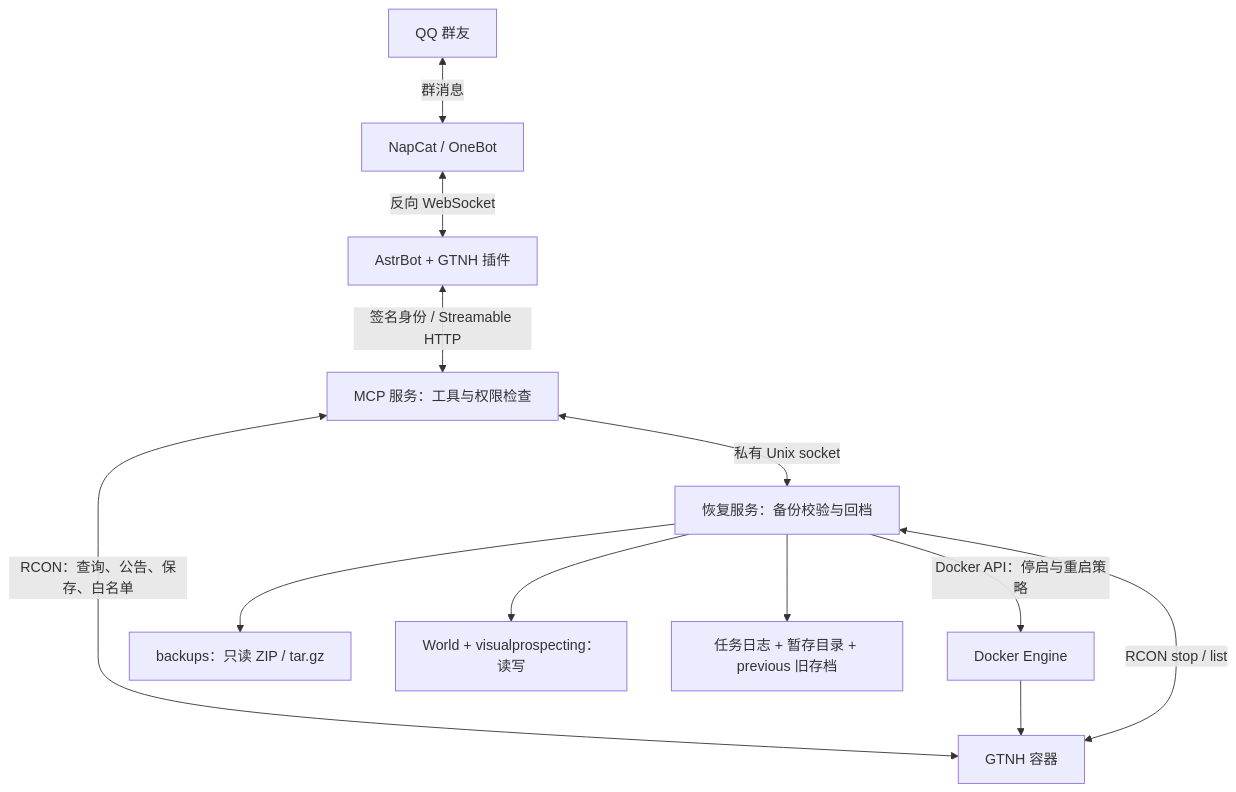
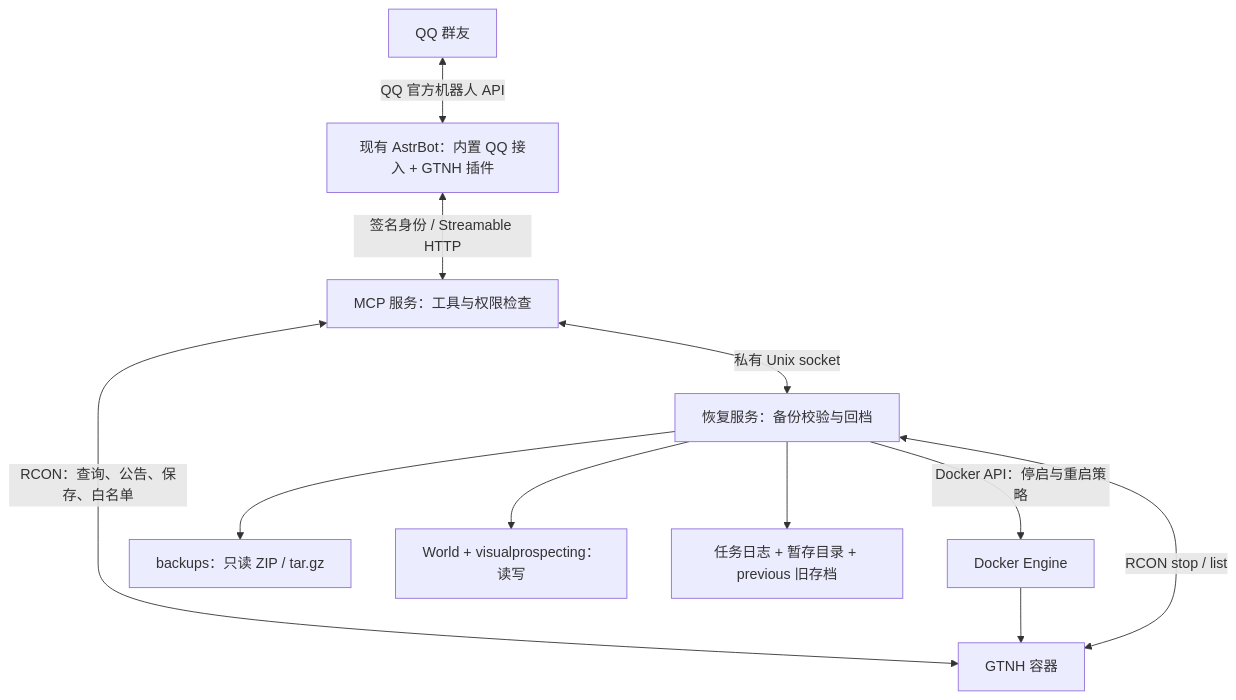
One commit to actforever/gtnh-mcp changed the diagram in README.md. Above: the diagram before and after it, drawn with Mermaid. The commit also changed other lines of this file and 9 other files, not shown here.

Commit message:
fix: reuse AstrBot official QQ integration without extra gateway

````diff
--- a/README.md
+++ b/README.md
@@ -13,14 +13,13 @@
 ```mermaid
 flowchart TD
-    QQ[QQ 群友] <-->|群消息| NapCat[NapCat / OneBot]
-    NapCat <-->|反向 WebSocket| AstrBot[AstrBot + GTNH 插件]
+    QQ[QQ 群友] <-->|QQ 官方机器人 API| AstrBot[现有 AstrBot：内置 QQ 接入 + GTNH 插件]
     AstrBot <-->|签名身份 / Streamable HTTP| MCP[MCP 服务：工具与权限检查]
     MCP <-->|RCON：查询、公告、保存、白名单| GTNH[GTNH 容器]
     MCP <-->|私有 Unix socket| Restore[恢复服务：备份校验与回档]
     Restore -->|Docker API：停启与重启策略| Docker[Docker Engine]
     Docker --> GTNH
     Restore <-->|RCON stop / list| GTNH
     Restore --> Backups[backups：只读 ZIP / tar.gz]
     Restore --> World[World + visualprospecting：读写]
     Restore --> State[任务日志 + 暂存目录 + previous 旧存档]
 ```
````
